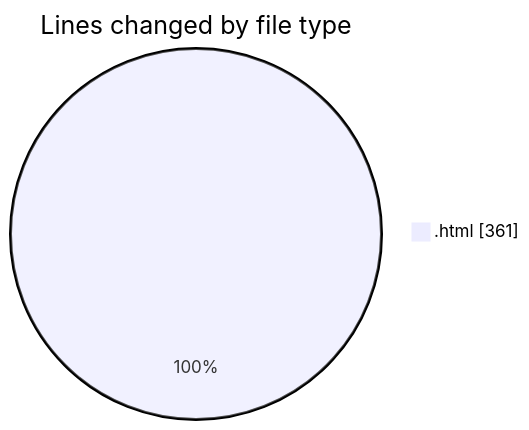
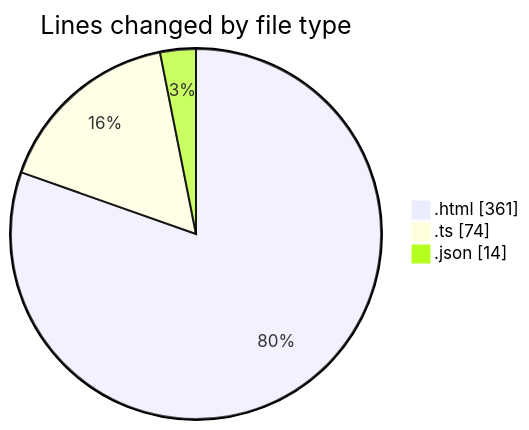
Before and after one commit to momahboobian/code-tracking: the first of 2 diagrams in 2025-05-15/news-clock-system-caspercg/README.md, drawn with Mermaid. The commit also changed other lines of this file and 1 other file, not shown here.

````diff
--- a/2025-05-15/news-clock-system-caspercg/README.md
+++ b/2025-05-15/news-clock-system-caspercg/README.md
@@ -21,5 +24,7 @@
 ```mermaid
 pie showData
 title Lines changed by file type
 ".html" : 361
+".ts" : 74
+".json" : 14
 ```
````
